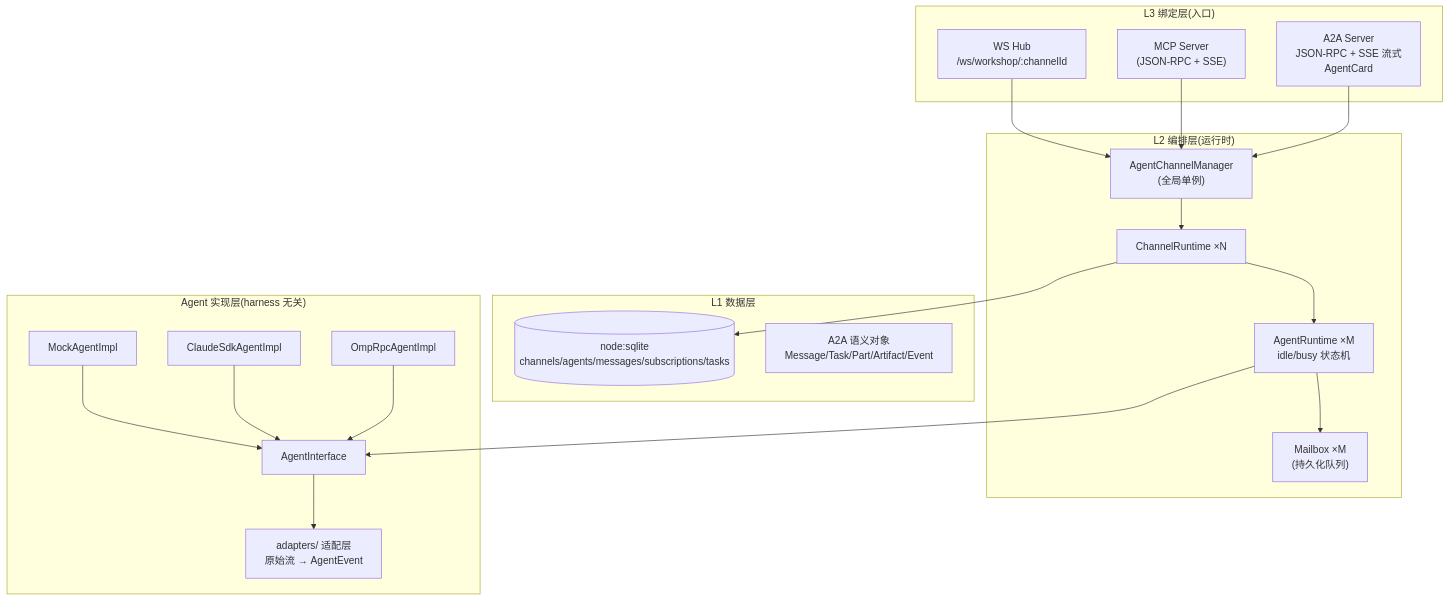
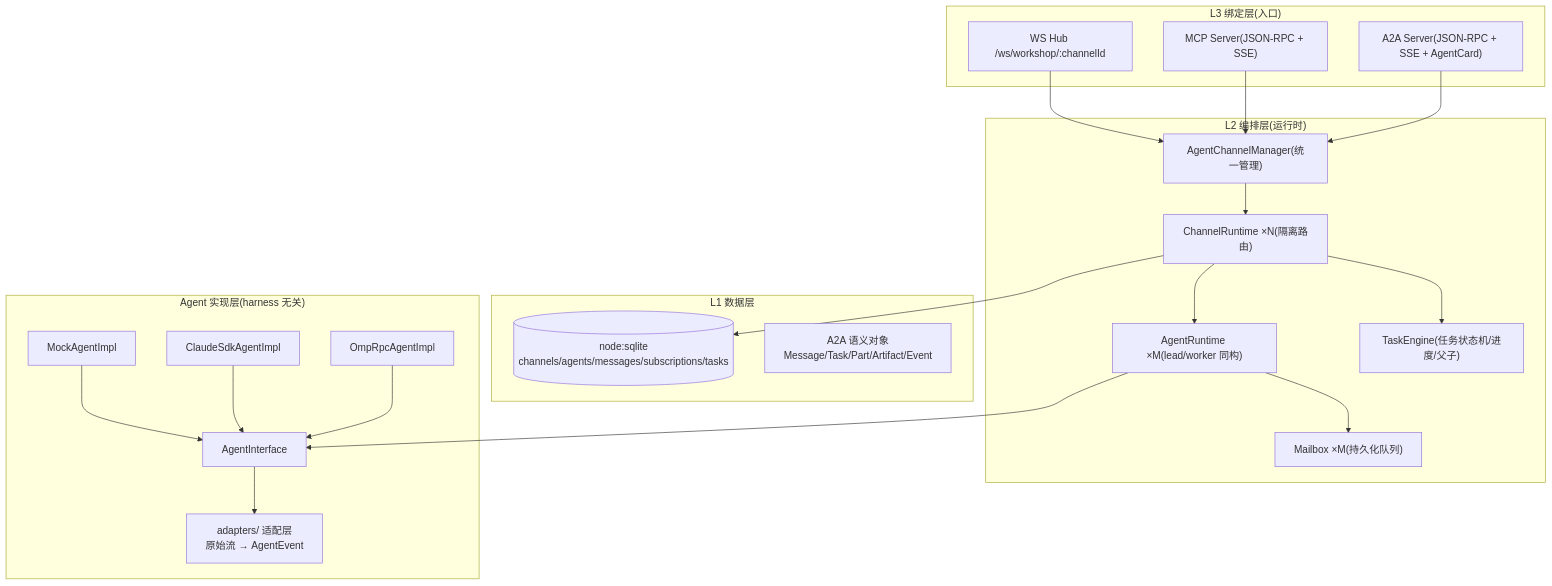
One commit to kingdol666/AgentWorkShop changed the third of 3 diagrams in docs/superpowers/specs/2026-08-13-agent-workshop-multi-agent-design.md. Above: the diagram before and after it, drawn with Mermaid. The commit also changed other lines of this file, not shown here.

Commit message:
docs: revise workshop design to task-driven orchestration model

````diff
--- a/docs/superpowers/specs/2026-08-13-agent-workshop-multi-agent-design.md
+++ b/docs/superpowers/specs/2026-08-13-agent-workshop-multi-agent-design.md
@@ -28,42 +120,44 @@
 ```mermaid
 graph TB
   subgraph L3["L3 绑定层(入口)"]
-    WS["WS Hub<br/>/ws/workshop/:channelId"]
-    MCP["MCP Server<br/>(JSON-RPC + SSE)"]
-    A2A["A2A Server<br/>JSON-RPC + SSE 流式<br/>AgentCard"]
+    WS["WS Hub /ws/workshop/:channelId"]
+    MCP["MCP Server(JSON-RPC + SSE)"]
+    A2A["A2A Server(JSON-RPC + SSE + AgentCard)"]
   end
 
   subgraph L2["L2 编排层(运行时)"]
-    MGR["AgentChannelManager<br/>(全局单例)"]
-    CH["ChannelRuntime ×N"]
-    AR["AgentRuntime ×M<br/>idle/busy 状态机"]
-    MB["Mailbox ×M<br/>(持久化队列)"]
+    MGR["AgentChannelManager(统一管理)"]
+    CH["ChannelRuntime ×N(隔离路由)"]
+    AR["AgentRuntime ×M(lead/worker 同构)"]
+    MB["Mailbox ×M(持久化队列)"]
+    TK["TaskEngine(任务状态机/进度/父子)"]
     MGR --> CH
     CH --> AR
     AR --> MB
+    CH --> TK
   end
 
   subgraph L1["L1 数据层"]
     DB[("node:sqlite<br/>channels/agents/messages/subscriptions/tasks")]
     A2AO["A2A 语义对象<br/>Message/Task/Part/Artifact/Event"]
   end
 
   WS --> MGR
   MCP --> MGR
   A2A --> MGR
   CH --> DB
 
   subgraph IMPL["Agent 实现层(harness 无关)"]
     AI["AgentInterface"]
     MOCK["MockAgentImpl"]
     CLAUDE["ClaudeSdkAgentImpl"]
     OMP["OmpRpcAgentImpl"]
     AD["adapters/ 适配层<br/>原始流 → AgentEvent"]
     AI --> AD
     MOCK --> AI
     CLAUDE --> AI
     OMP --> AI
   end
 
   AR --> AI
 ```
````
